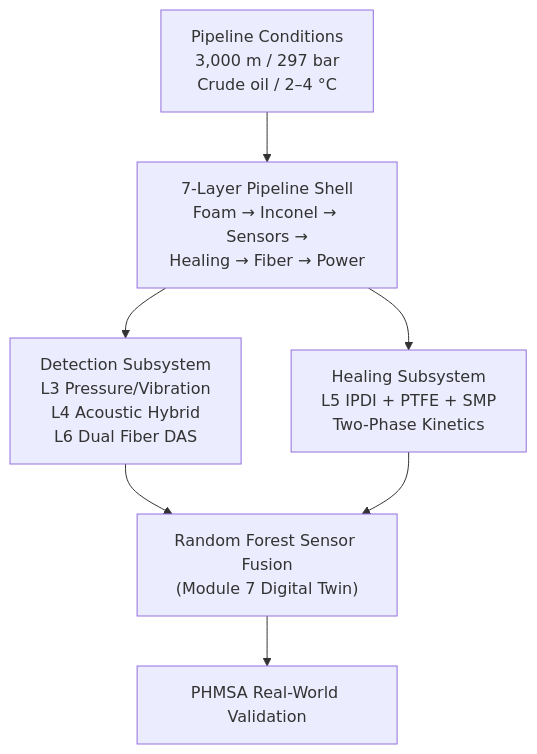
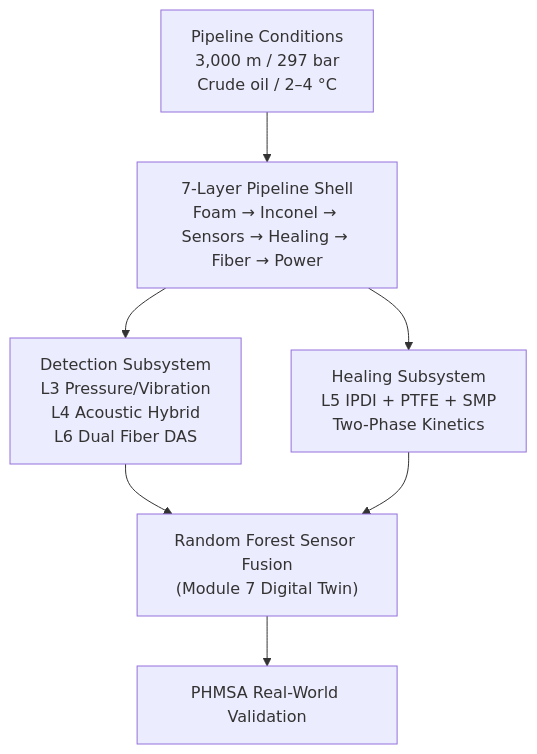
Before and after one commit to Rajlohith/deep-sea-pipeline-pinhole-leak-and-self-healing-simulation: the diagram in README.md, drawn with Mermaid. The commit also changed other lines of this file, not shown here.

````diff
--- a/README.md
+++ b/README.md
@@ -133,21 +129,21 @@
 ```mermaid
 flowchart TD
     A["Pipeline Conditions<br/>3,000 m / 297 bar<br/>Crude oil / 2–4 °C"]
 
-    B["7-Layer Pipeline Shell<br/>Foam → Inconel → Sensors →<br/>Healing → Fiber → Power"]
+    B["7-Layer Pipeline Shell<br/>Foam → Inconel → Sensors → Healing → Fiber → Power"]
 
     C["Detection Subsystem<br/>L3 Pressure/Vibration<br/>L4 Acoustic Hybrid<br/>L6 Dual Fiber DAS"]
 
     D["Healing Subsystem<br/>L5 IPDI + PTFE + SMP<br/>Two-Phase Kinetics"]
 
     E["Random Forest Sensor Fusion<br/>(Module 7 Digital Twin)"]
 
     F["PHMSA Real-World Validation"]
 
     A --> B
     B --> C
     B --> D
     C --> E
     D --> E
     E --> F
 ```
````
